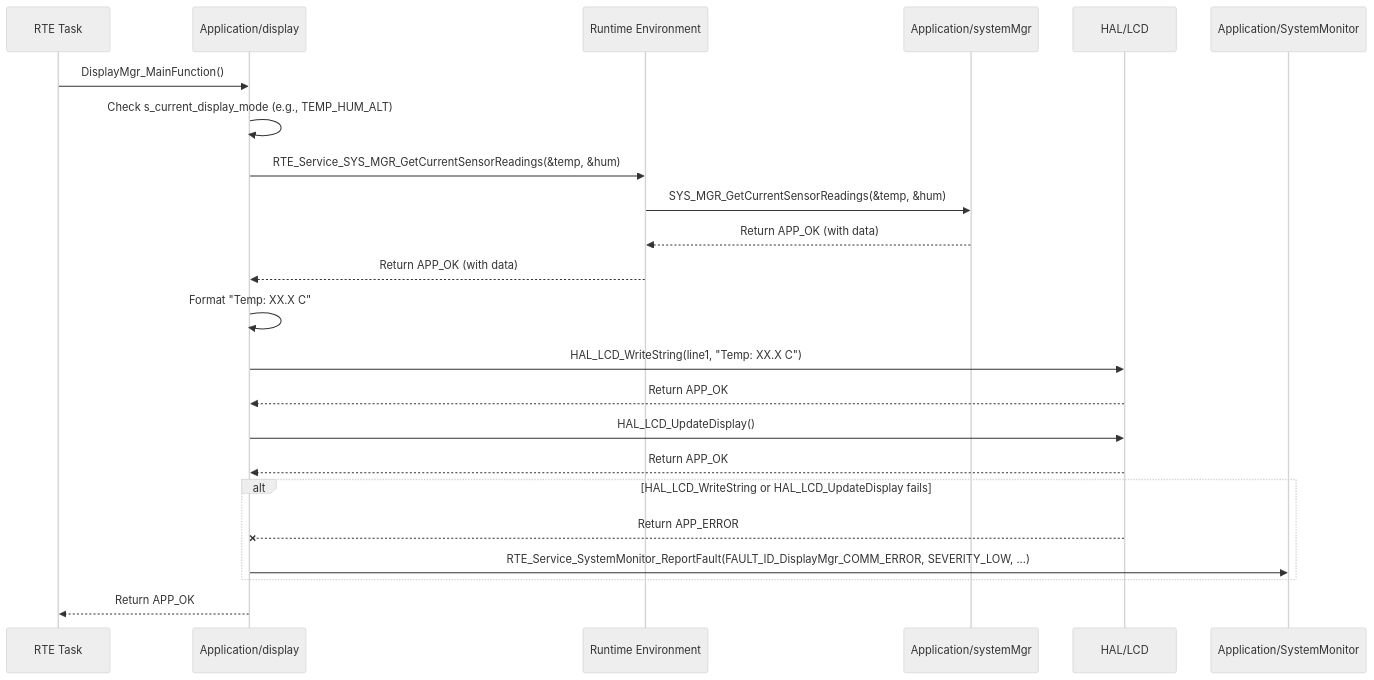
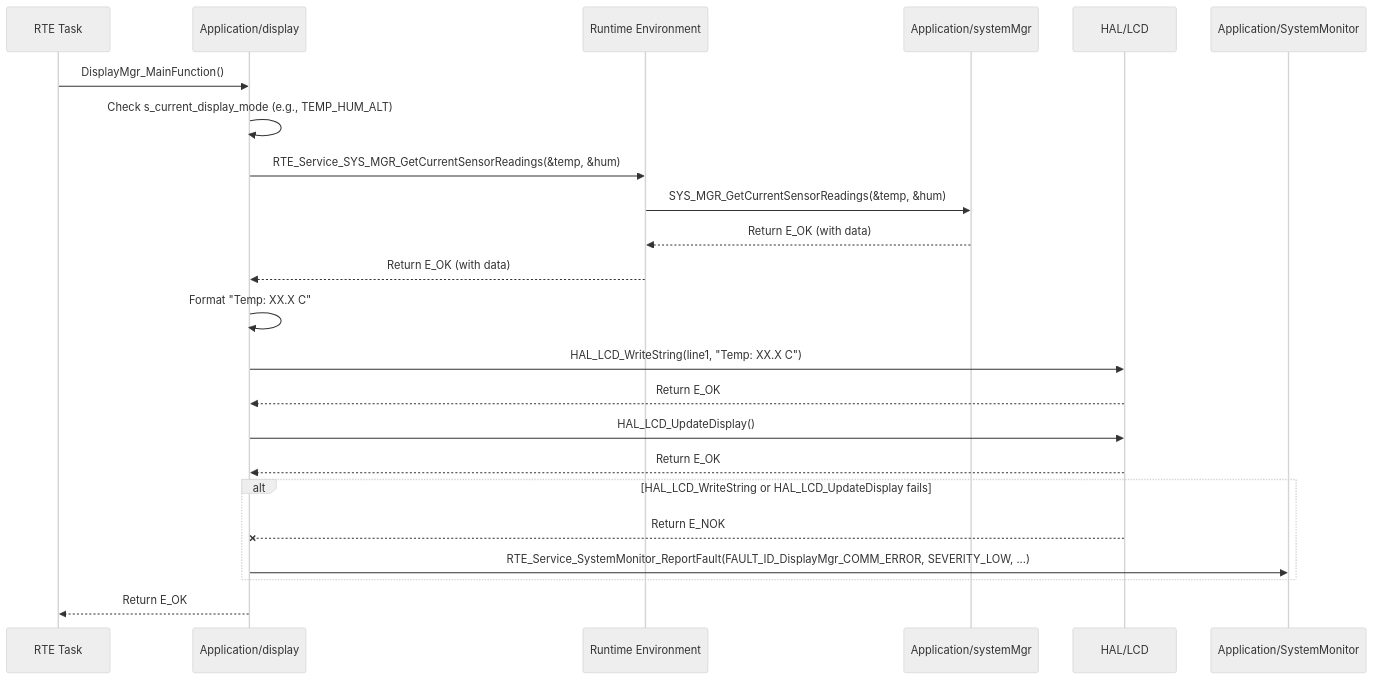
The diagram in Requiremets/Design/Application/DisplayMgr.md (ashaker-2/Platform), drawn with Mermaid (neutral theme) before and after one commit. The commit also changed other lines of this file and 716 other files, not shown here.

````diff
--- a/Requiremets/Design/Application/DisplayMgr.md
+++ b/Requiremets/Design/Application/DisplayMgr.md
@@ -199,26 +199,26 @@
 ```mermaid
 sequenceDiagram  
     participant RTE_DisplayAlarmTask as RTE Task  
     participant Display as Application/display  
     participant RTE as Runtime Environment  
     participant SystemMgr as Application/systemMgr  
     participant HAL_LCD as HAL/LCD  
     participant SystemMonitor as Application/SystemMonitor
 
     RTE_DisplayAlarmTask->>Display: DisplayMgr_MainFunction()  
     Display->>Display: Check s_current_display_mode (e.g., TEMP_HUM_ALT)  
     Display->>RTE: RTE_Service_SYS_MGR_GetCurrentSensorReadings(&temp, &hum)  
     RTE->>SystemMgr: SYS_MGR_GetCurrentSensorReadings(&temp, &hum)  
-    SystemMgr-->>RTE: Return APP_OK (with data)  
-    RTE-->>Display: Return APP_OK (with data)  
+    SystemMgr-->>RTE: Return E_OK (with data)  
+    RTE-->>Display: Return E_OK (with data)  
     Display->>Display: Format "Temp: XX.X C"  
     Display->>HAL_LCD: HAL_LCD_WriteString(line1, "Temp: XX.X C")  
-    HAL_LCD-->>Display: Return APP_OK  
+    HAL_LCD-->>Display: Return E_OK  
     Display->>HAL_LCD: HAL_LCD_UpdateDisplay()  
-    HAL_LCD-->>Display: Return APP_OK  
+    HAL_LCD-->>Display: Return E_OK  
     alt HAL_LCD_WriteString or HAL_LCD_UpdateDisplay fails  
-        HAL_LCD--xDisplay: Return APP_ERROR  
+        HAL_LCD--xDisplay: Return E_NOK  
         Display->>SystemMonitor: RTE_Service_SystemMonitor_ReportFault(FAULT_ID_DisplayMgr_COMM_ERROR, SEVERITY_LOW, ...)  
     end  
-    Display-->>RTE_DisplayAlarmTask: Return APP_OK
+    Display-->>RTE_DisplayAlarmTask: Return E_OK
 ```
````
